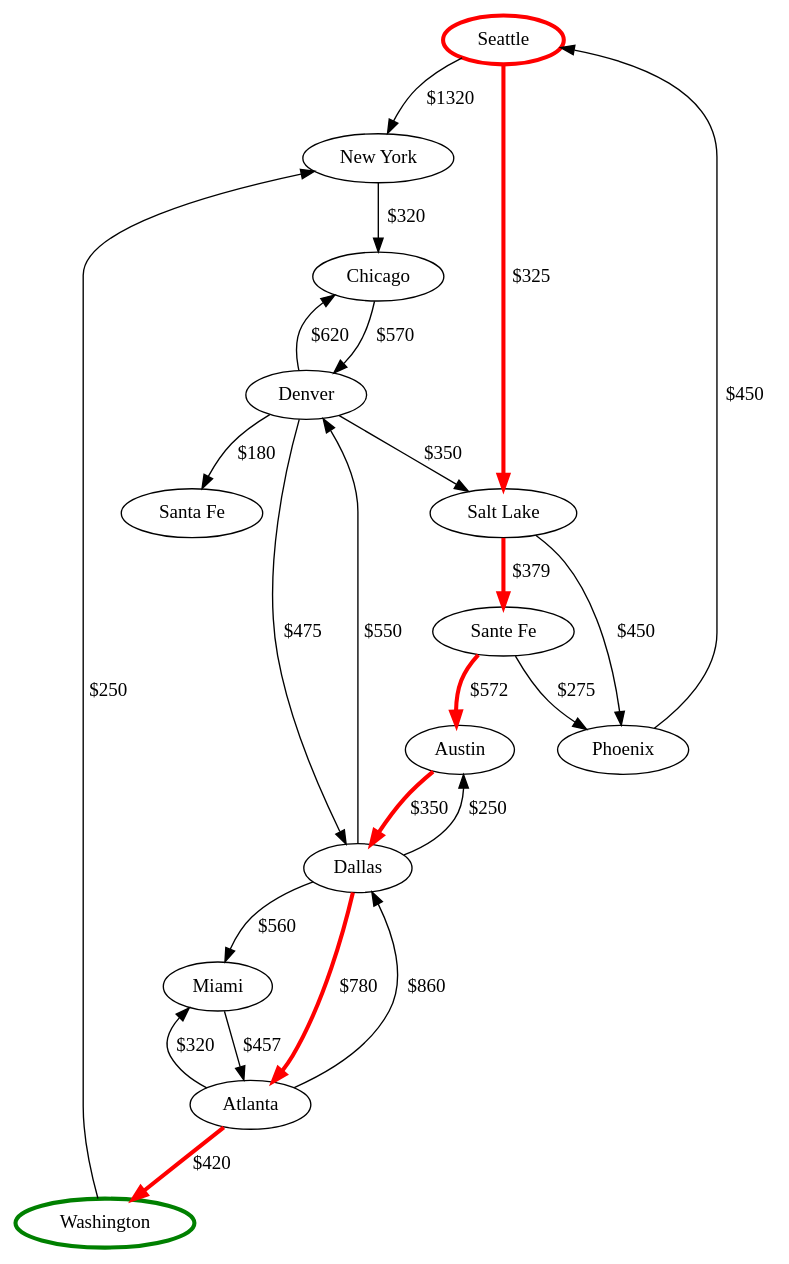
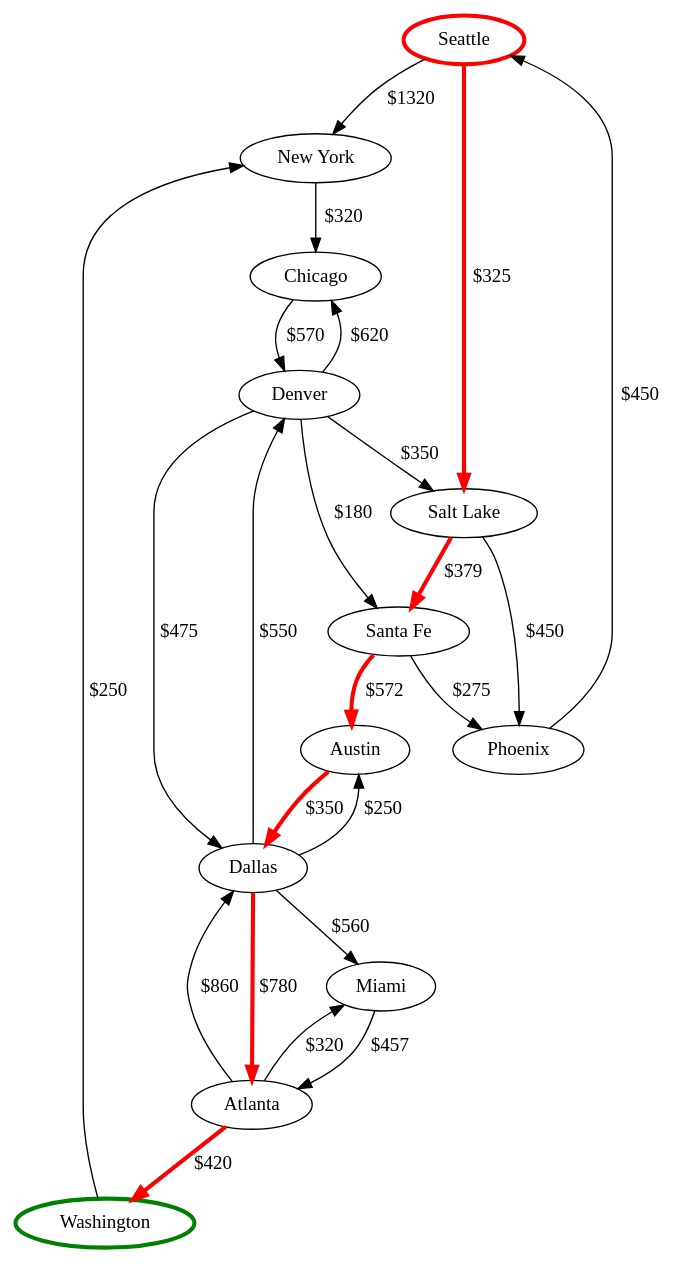
Before and after one commit to airtimeEnthusiast/Airline-Flight-Path-Optimizer: the diagram in images/example_output2.dot, drawn with Graphviz. The commit also changed 3 other files, not shown here.

```diff
--- a/images/example_output2.dot
+++ b/images/example_output2.dot
@@ -1,28 +1,28 @@
 digraph G {
 "Seattle"[label="Seattle", shape=ellipse, color="red",penwidth=3.0];
 "Washington"[label="Washington", shape=ellipse, color=green, penwidth=3.0];
   
   "Seattle" -> "New York"[label=" $1320"];
   "Seattle" -> "Salt Lake"[label=" $325", color="red",penwidth=3.0];
   "Salt Lake" -> "Phoenix"[label=" $450"];
-  "Salt Lake" -> "Sante Fe"[label=" $379",  color="red",penwidth=3.0];
+  "Salt Lake" -> "Santa Fe"[label=" $379",  color="red",penwidth=3.0];
   "Phoenix" -> "Seattle"[label=" $450"];
-  "Sante Fe" -> "Austin"[label=" $572",  color="red",penwidth=3.0];
-  "Sante Fe" -> "Phoenix"[label=" $275"];
+  "Santa Fe" -> "Austin"[label=" $572",  color="red",penwidth=3.0];
+  "Santa Fe" -> "Phoenix"[label=" $275"];
   "Denver" -> "Chicago"[label="$620 "]
   "Denver" -> "Dallas"[label="$475"]
   "Denver" -> "Salt Lake"[label="$350"]
   "Denver" -> "Santa Fe"[label="$180"]
   "Austin" -> "Dallas"[label="$350", color="red",penwidth=3.0]
   "Dallas" -> "Atlanta"[label="$780", color="red",penwidth=3.0]
   "Dallas" -> "Austin"[label="$250"]
   "Dallas" -> "Denver"[label="$550"]
   "Dallas" -> "Miami"[label="$560"]
   "Atlanta" -> "Dallas"[label=" $860"]
   "Atlanta" -> "Miami"[label="$320"]
   "Atlanta" -> "Washington"[label="$420", color="red",penwidth=3.0]
   "Chicago" -> "Denver"[label=" $570"]
   "Washington" -> "New York"[label="$250"]   
   "New York" -> "Chicago"[label=" $320"]      
   "Miami" -> "Atlanta"[label="$457"]       
 }
```
